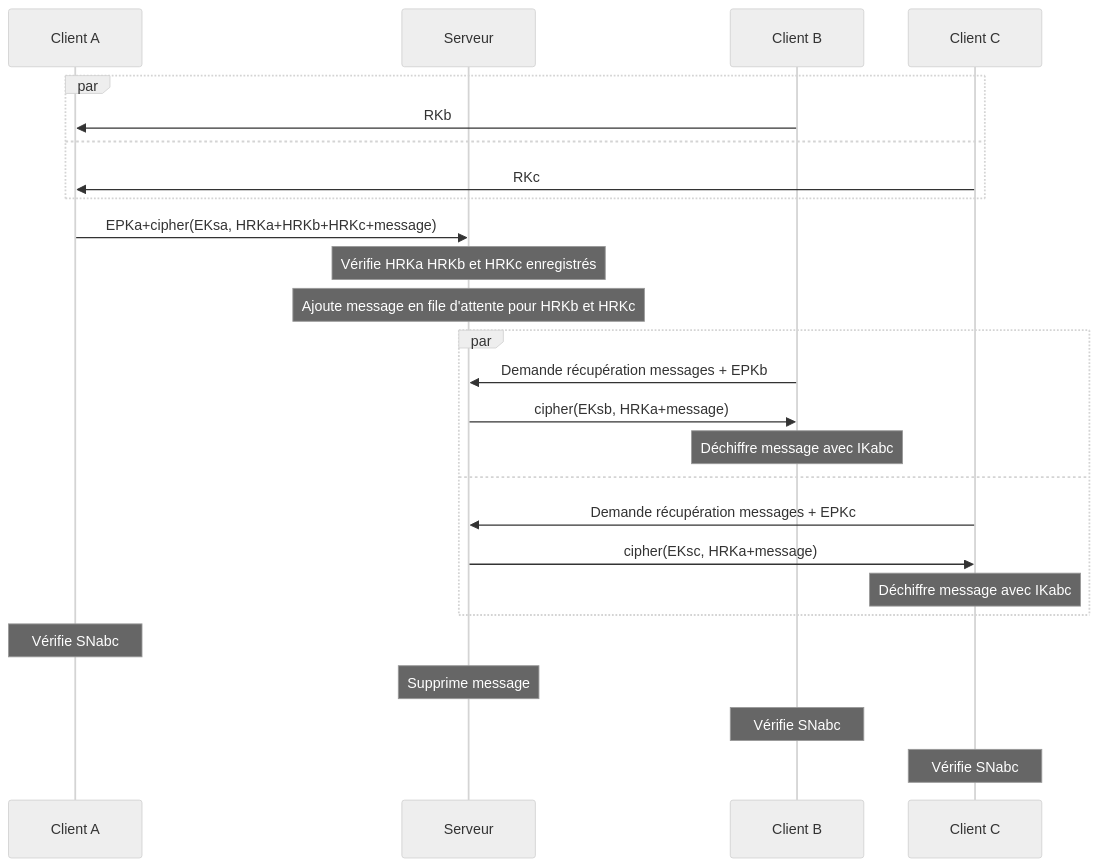
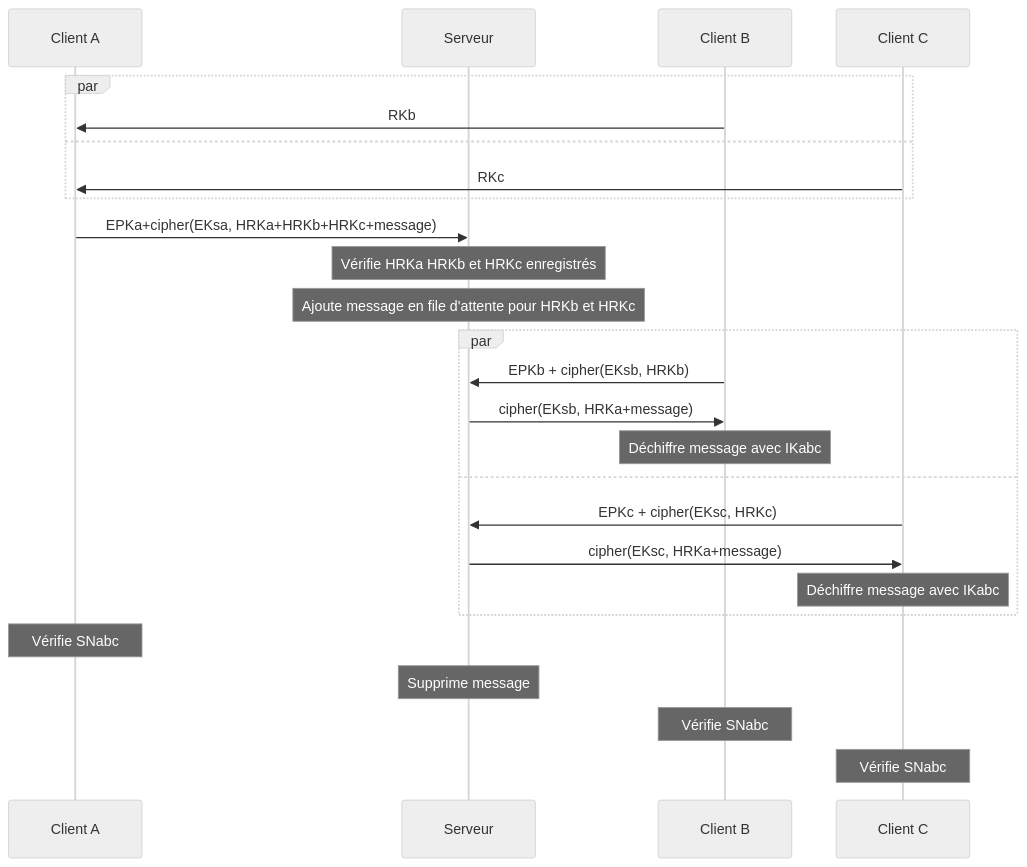
One commit to Relex12/Decentralized-Password-Manager changed the second of 3 diagrams in readme/04-FR-implementation.md. Above: the diagram before and after it, drawn with Mermaid (neutral theme). The commit also changed other lines of this file, not shown here.

````diff
--- a/readme/04-FR-implementation.md
+++ b/readme/04-FR-implementation.md
@@ -71,28 +71,28 @@
 ```mermaid
 sequenceDiagram
     participant A as Client A
     participant S as Serveur
     participant B as Client B
     participant C as Client C
     par
     B ->> A: RKb
     and
     C ->> A: RKc
     end
     A ->> S: EPKa+cipher(EKsa, HRKa+HRKb+HRKc+message)
     Note over S: Vérifie HRKa HRKb et HRKc enregistrés
     Note over S: Ajoute message en file d'attente pour HRKb et HRKc
     par
-    B ->> S: Demande récupération messages + EPKb
+    B ->> S: EPKb + cipher(EKsb, HRKb)
     S ->> B: cipher(EKsb, HRKa+message)
     Note over B: Déchiffre message avec IKabc
     and
-    C ->> S: Demande récupération messages + EPKc
+    C ->> S: EPKc + cipher(EKsc, HRKc)
     S ->> C: cipher(EKsc, HRKa+message)
     Note over C: Déchiffre message avec IKabc
     end
     Note over A: Vérifie SNabc
     Note over S: Supprime message
     Note over B: Vérifie SNabc
     Note over C: Vérifie SNabc
 ```
````
